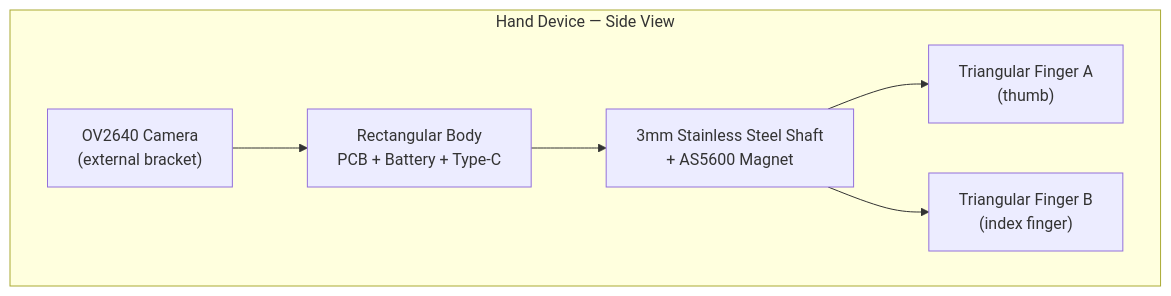
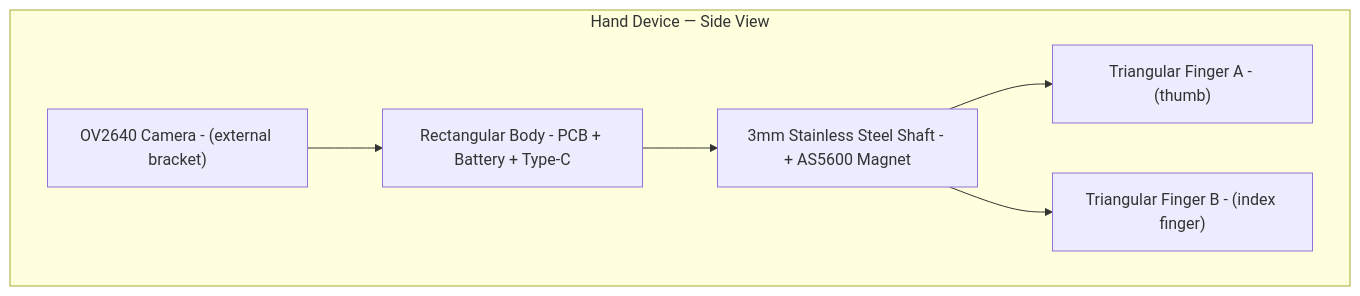
The diagram in docs/design/01-mechanical-design.md (Auromix/OpenUMI), drawn with Mermaid before and after one commit. The commit also changed 5 other files, not shown here.

First line of the commit message:
Fix Mermaid: replace \n with single-line labels for GitHub

````diff
--- a/docs/design/01-mechanical-design.md
+++ b/docs/design/01-mechanical-design.md
@@ -19,15 +19,15 @@
 ```mermaid
 graph TD
     subgraph Assembly["Hand Device — Side View"]
-        CAM["OV2640 Camera\n(external bracket)"]
-        BODY["Rectangular Body\nPCB + Battery + Type-C"]
-        AXIS["3mm Stainless Steel Shaft\n+ AS5600 Magnet"]
-        FA["Triangular Finger A\n(thumb)"]
-        FB["Triangular Finger B\n(index finger)"]
+        CAM["OV2640 Camera - (external bracket)"]
+        BODY["Rectangular Body - PCB + Battery + Type-C"]
+        AXIS["3mm Stainless Steel Shaft - + AS5600 Magnet"]
+        FA["Triangular Finger A - (thumb)"]
+        FB["Triangular Finger B - (index finger)"]
     end
 
     CAM --> BODY
     BODY --> AXIS
     AXIS --> FA
     AXIS --> FB
 ```
````
